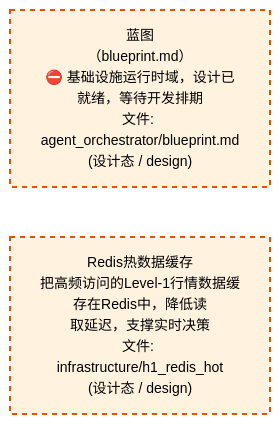
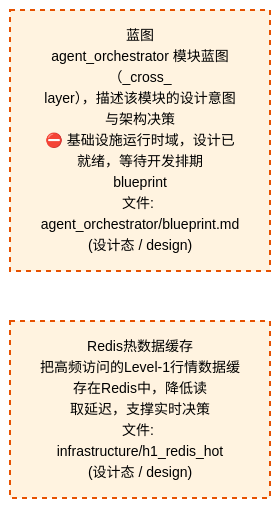
Before and after one commit to xuanFelixVan/ZephyrAlpha: the third of 4 diagrams in docs/02_enterprise_architecture/02_domain_architecture_docs/06_d_infra_runtime.md, drawn with Mermaid. The commit also changed other lines of this file and 63 other files, not shown here.

````diff
--- a/docs/02_enterprise_architecture/02_domain_architecture_docs/06_d_infra_runtime.md
+++ b/docs/02_enterprise_architecture/02_domain_architecture_docs/06_d_infra_runtime.md
@@ -1058,12 +1050,12 @@
 ```mermaid
 %%{init: {'theme': 'base', 'themeVariables': {'primaryColor': '#eaeaea', 'primaryTextColor': '#333333', 'primaryBorderColor': '#666666', 'lineColor': '#666666', 'secondaryColor': '#eaeaea', 'tertiaryColor': '#eaeaea', 'fontSize': '14px'}}}%%
 flowchart TD
-    docs_03_modules_cross_layer_agent_orchestrator_blueprint_md["蓝图<br/>（blueprint.md）<br/>⛔ 基础设施运行时域，设计已就绪，等待开发排期<br/>文件: agent_orchestrator/blueprint.md<br/>(设计态 / design)"]
+    docs_03_modules_cross_layer_agent_orchestrator_blueprint_md["蓝图<br/>agent_orchestrator 模块蓝图（_cross_<br/>layer），描述该模块的设计意图与架构决策<br/>⛔ 基础设施运行时域，设计已就绪，等待开发排期<br/>blueprint<br/>文件: agent_orchestrator/blueprint.md<br/>(设计态 / design)"]
     src_zephyr_infrastructure_h1_redis_hot["Redis热数据缓存<br/>把高频访问的Level-1行情数据缓存在Redis中，降低读<br/>取延迟，支撑实时决策<br/>文件: infrastructure/h1_redis_hot<br/>(设计态 / design)"]
     docs_03_modules_cross_layer_agent_orchestrator_blueprint_md ~~~ src_zephyr_infrastructure_h1_redis_hot
     classDef production fill:#e1f5fe,stroke:#01579b,stroke-width:2px,color:#000
     classDef design fill:#fff3e0,stroke:#e65100,stroke-width:2px,color:#000,stroke-dasharray: 5 5
     classDef external_prod fill:#e8f4fd,stroke:#0277bd,stroke-width:1px,color:#000
     classDef external_design fill:#fff8e7,stroke:#ef6c00,stroke-width:1px,color:#000,stroke-dasharray: 5 5
     class docs_03_modules_cross_layer_agent_orchestrator_blueprint_md,src_zephyr_infrastructure_h1_redis_hot design
 ```
````
